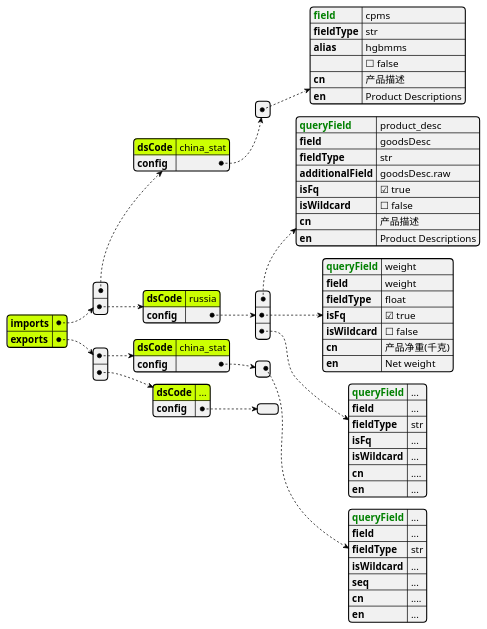
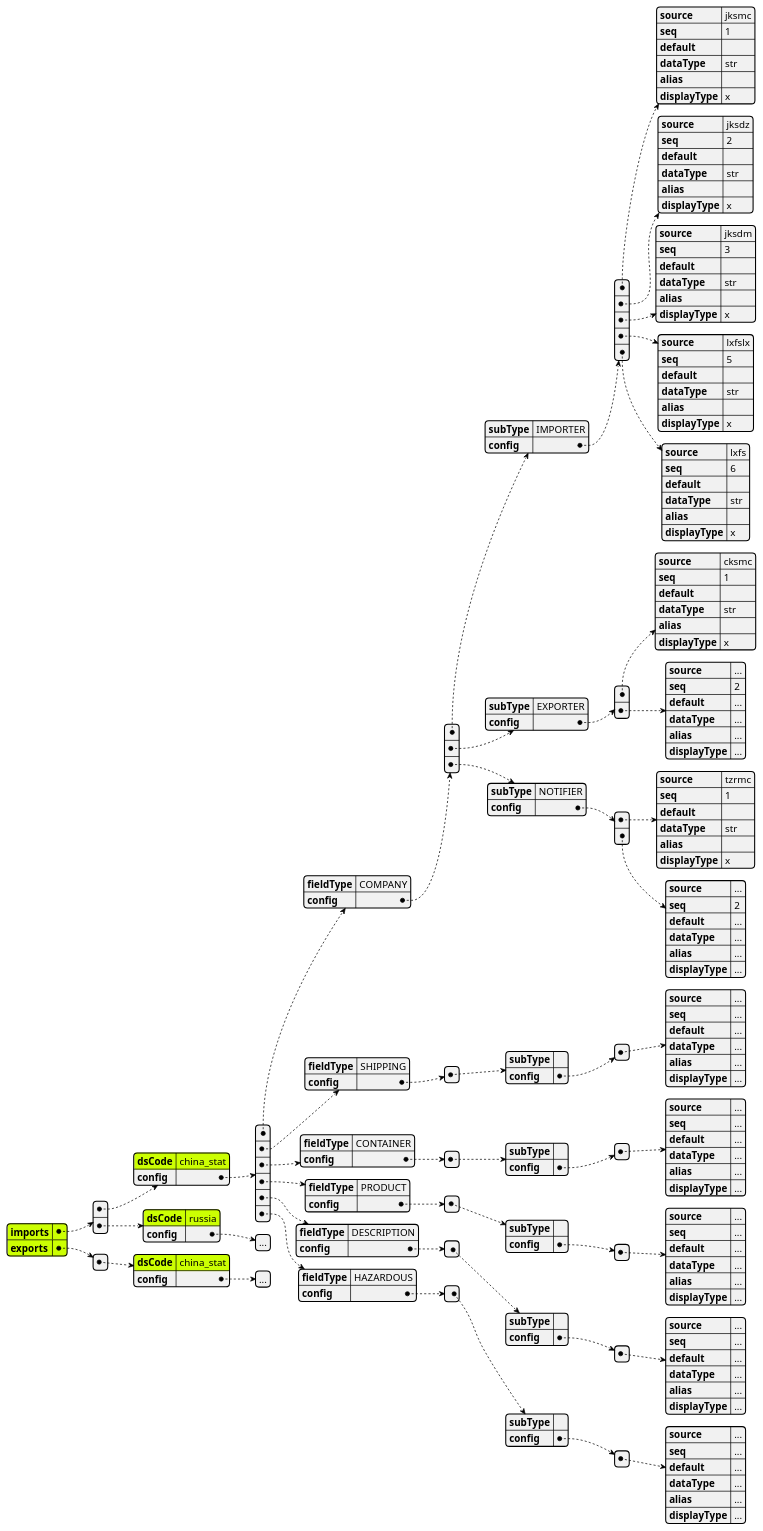
Before and after one commit to lwpk110/tendata-assets: the diagram in plantuml/tradec/query_detail.puml, drawn with PlantUML. The commit also changed 1 other file, not shown here.

Commit message:
feat: add "query_detail" config

```diff
--- a/plantuml/tradec/query_detail.puml
+++ b/plantuml/tradec/query_detail.puml
@@ -14,67 +14,201 @@
             "dsCode": "china_stat",
             "config": [
                 {
-                    "<color:green><b>field": "cpms",
-                    "fieldType": "str",
-                    "alias": "hgbmms",
-                    "": false,
-                    "cn": "产品描述",
-                    "en": "Product Descriptions"
+                    "fieldType": "COMPANY",
+                    "config": [
+                        {
+                            "subType": "IMPORTER",
+                            "config": [
+                                {
+                                    "source": "jksmc",
+                                    "seq": 1,
+                                    "default": "",
+                                    "dataType": "str",
+                                    "alias": "",
+                                    "displayType": "x"
+                                },
+                                {
+                                    "source": "jksdz",
+                                    "seq": 2,
+                                    "default": "",
+                                    "dataType": "str",
+                                    "alias": "",
+                                    "displayType": "x"
+                                },
+                                {
+                                    "source": "jksdm",
+                                    "seq": 3,
+                                    "default": "",
+                                    "dataType": "str",
+                                    "alias": "",
+                                    "displayType": "x"
+                                },
+                                {
+                                    "source": "lxfslx",
+                                    "seq": 5,
+                                    "default": "",
+                                    "dataType": "str",
+                                    "alias": "",
+                                    "displayType": "x"
+                                },
+                                {
+                                    "source": "lxfs",
+                                    "seq": 6,
+                                    "default": "",
+                                    "dataType": "str",
+                                    "alias": "",
+                                    "displayType": "x"
+                                }
+                            ]
+                        },
+                        {
+                            "subType": "EXPORTER",
+                            "config": [
+                                {
+                                    "source": "cksmc",
+                                    "seq": 1,
+                                    "default": "",
+                                    "dataType": "str",
+                                    "alias": "",
+                                    "displayType": "x"
+                                },
+                                {
+                                    "source": "...",
+                                    "seq": 2,
+                                    "default": "...",
+                                    "dataType": "...",
+                                    "alias": "...",
+                                    "displayType": "..."
+                                }
+                            ]
+                        },
+                        {
+                            "subType": "NOTIFIER",
+                            "config": [
+                                {
+                                    "source": "tzrmc",
+                                    "seq": 1,
+                                    "default": "",
+                                    "dataType": "str",
+                                    "alias": "",
+                                    "displayType": "x"
+                                },
+                                {
+                                    "source": "...",
+                                    "seq": 2,
+                                    "default": "...",
+                                    "dataType": "...",
+                                    "alias": "...",
+                                    "displayType": "..."
+                                }
+                            ]
+                        }
+                    ]
+                },
+                {
+                    "fieldType": "SHIPPING",
+                    "config": [
+                        {
+                            "subType": "",
+                            "config": [
+                                {
+                                    "source": "...",
+                                    "seq": "...",
+                                    "default": "...",
+                                    "dataType": "...",
+                                    "alias": "...",
+                                    "displayType": "..."
+                                }
+                            ]
+                        }
+                    ]
+                },
+                {
+                    "fieldType": "CONTAINER",
+                    "config": [
+                        {
+                            "subType": "",
+                            "config": [
+                                {
+                                    "source": "...",
+                                    "seq": "...",
+                                    "default": "...",
+                                    "dataType": "...",
+                                    "alias": "...",
+                                    "displayType": "..."
+                                }
+                            ]
+                        }
+                    ]
+                },
+                {
+                    "fieldType": "PRODUCT",
+                    "config": [
+                        {
+                            "subType": "",
+                            "config": [
+                                {
+                                    "source": "...",
+                                    "seq": "...",
+                                    "default": "...",
+                                    "dataType": "...",
+                                    "alias": "...",
+                                    "displayType": "..."
+                                }
+                            ]
+                        }
+                    ]
+                },
+                {
+                    "fieldType": "DESCRIPTION",
+                    "config": [
+                        {
+                            "subType": "",
+                            "config": [
+                                {
+                                    "source": "...",
+                                    "seq": "...",
+                                    "default": "...",
+                                    "dataType": "...",
+                                    "alias": "...",
+                                    "displayType": "..."
+                                }
+                            ]
+                        }
+                    ]
+                },
+                {
+                    "fieldType": "HAZARDOUS",
+                    "config": [
+                        {
+                            "subType": "",
+                            "config": [
+                                {
+                                    "source": "...",
+                                    "seq": "...",
+                                    "default": "...",
+                                    "dataType": "...",
+                                    "alias": "...",
+                                    "displayType": "..."
+                                }
+                            ]
+                        }
+                    ]
                 }
             ]
         },
         {
             "dsCode": "russia",
             "config": [
-                {
-                    "<color:green><b>queryField": "product_desc",
-                    "field": "goodsDesc",
-                    "fieldType": "str",
-                    "additionalField": "goodsDesc.raw",
-                    "isFq": true,
-                    "isWildcard": false,
-                    "cn": "产品描述",
-                    "en": "Product Descriptions"
-                },
-                {
-                    "<color:green><b>queryField": "weight",
-                    "field": "weight",
-                    "fieldType": "float",
-                    "isFq": true,
-                    "isWildcard": false,
-                    "cn": "产品净重(千克)",
-                    "en": "Net weight"
-                },
-                {
-                    "<color:green><b>queryField": "...",
-                    "field": "...",
-                    "fieldType": "str",
-                    "isFq": "...",
-                    "isWildcard": "...",
-                    "cn": "....",
-                    "en": "..."
-                }
+                "..."
             ]
         }
     ],
     "exports": [
         {
             "dsCode": "china_stat",
-            "config": [
-                {
-                    "<color:green><b>queryField": "...",
-                    "field": "...",
-                    "fieldType": "str",
-                    "isWildcard": "...",
-                    "seq": "...",
-                    "cn": "....",
-                    "en": "..."
-                }
-            ]
-        },
-        {
-            "dsCode": "...",
-            "config":[] }
+            "config": ["..."]
+        }
     ]
 }
 @endjson
```
